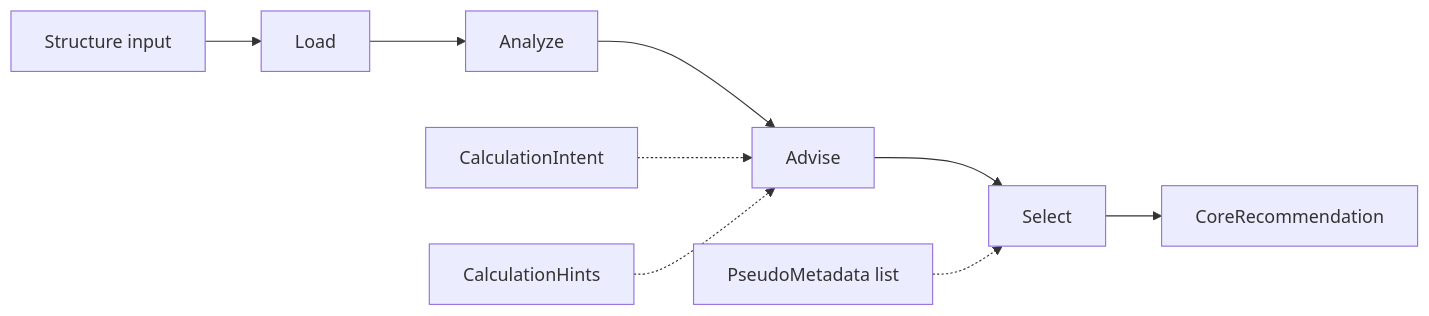
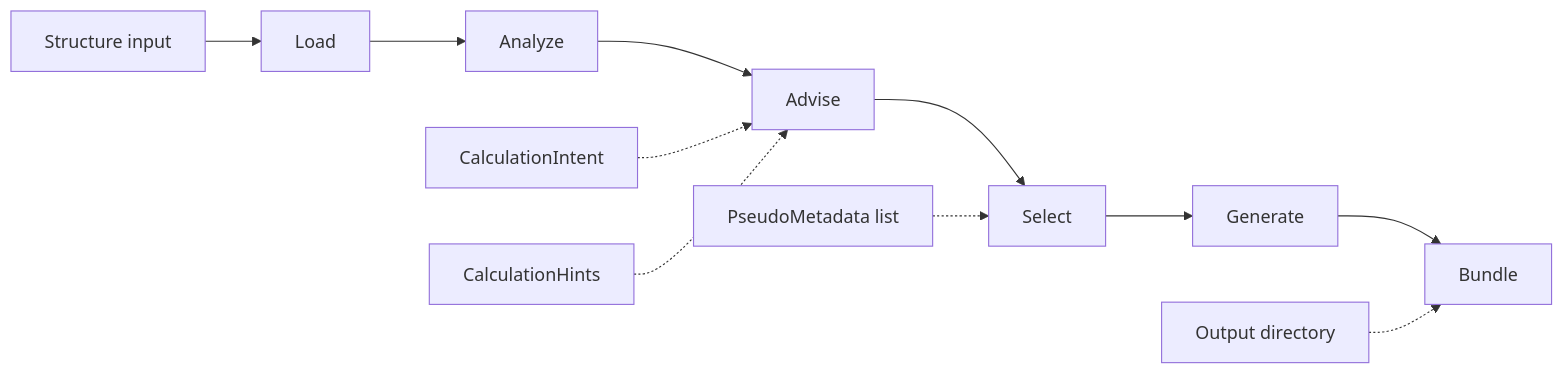
The diagram in README.md (stfc/goldilocks-core), drawn with Mermaid before and after one commit. The commit also changed other lines of this file and 1 other file, not shown here.

Commit message:
docs(core): document job runner pipeline

````diff
--- a/README.md
+++ b/README.md
@@ -29,12 +33,14 @@
 ```mermaid
 flowchart LR
     structure["Structure input"] --> load["Load"]
     load --> analyze["Analyze"]
     analyze --> advise["Advise"]
     advise --> select["Select"]
-    select --> result["CoreRecommendation"]
+    select --> generate["Generate"]
+    generate --> bundle["Bundle"]
 
     intent["CalculationIntent"] -.-> advise
     hints["CalculationHints"] -.-> advise
     metadata["PseudoMetadata list"] -.-> select
+    output["Output directory"] -.-> bundle
 ```
````
